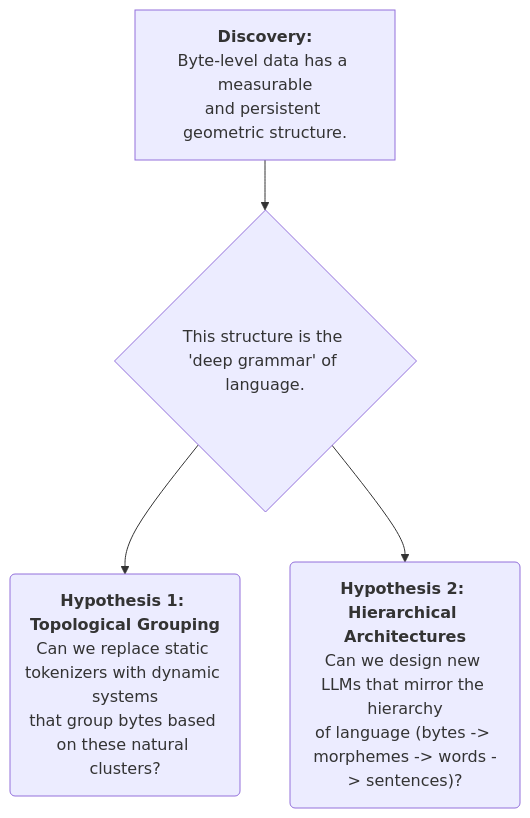
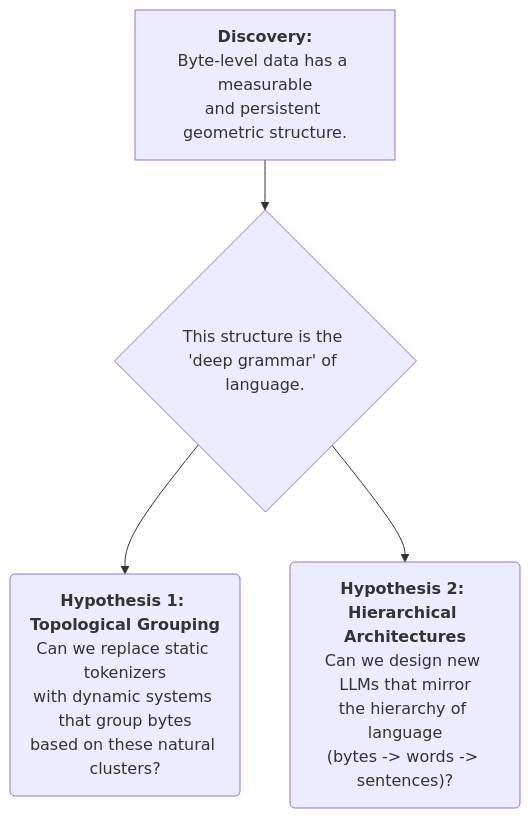
The third of 3 diagrams in _posts/2025-08-22-analyzing-bytes-for-llms.md (eltay89/eltay89.github.io), drawn with Mermaid before and after one commit. The commit also changed other lines of this file, not shown here.

````diff
--- a/_posts/2025-08-22-analyzing-bytes-for-llms.md
+++ b/_posts/2025-08-22-analyzing-bytes-for-llms.md
@@ -80,6 +84,6 @@
 ```mermaid
 graph TD
     A["<b>Discovery:</b><br>Byte-level data has a measurable<br>and persistent geometric structure."] --> B{"This structure is the 'deep grammar' of language."};
-    B --> C("<b>Hypothesis 1: Topological Grouping</b><br>Can we replace static tokenizers with dynamic systems<br>that group bytes based on these natural clusters?");
-    B --> D("<b>Hypothesis 2: Hierarchical Architectures</b><br>Can we design new LLMs that mirror the hierarchy<br>of language (bytes -> morphemes -> words -> sentences)?");
+    B --> C("<b>Hypothesis 1: Topological Grouping</b><br>Can we replace static tokenizers<br>with dynamic systems that group bytes<br>based on these natural clusters?");
+    B --> D("<b>Hypothesis 2: Hierarchical Architectures</b><br>Can we design new LLMs that mirror<br>the hierarchy of language<br>(bytes -> words -> sentences)?");
 ```
````
